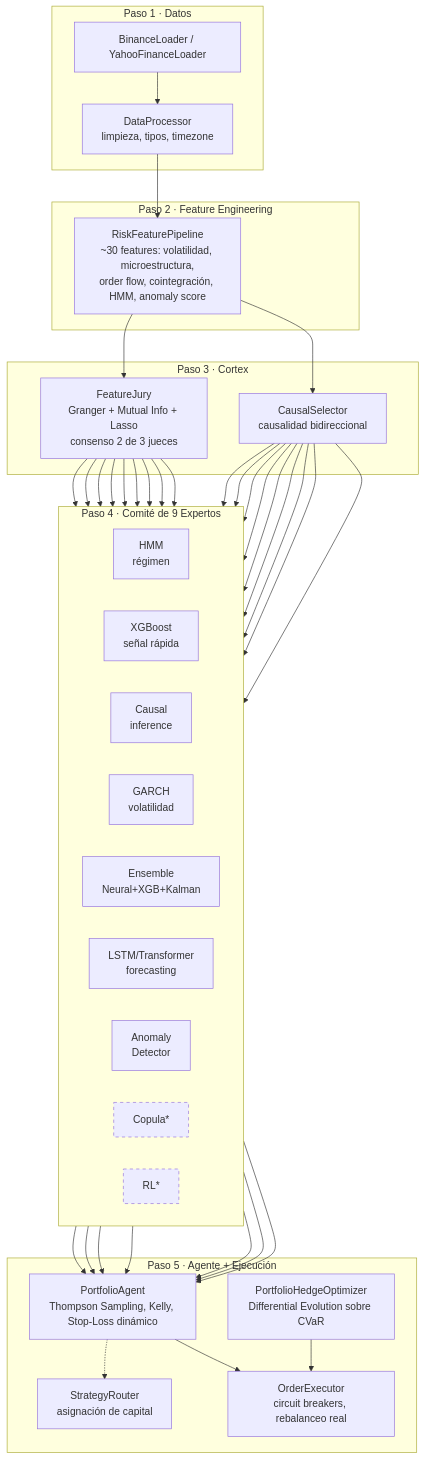
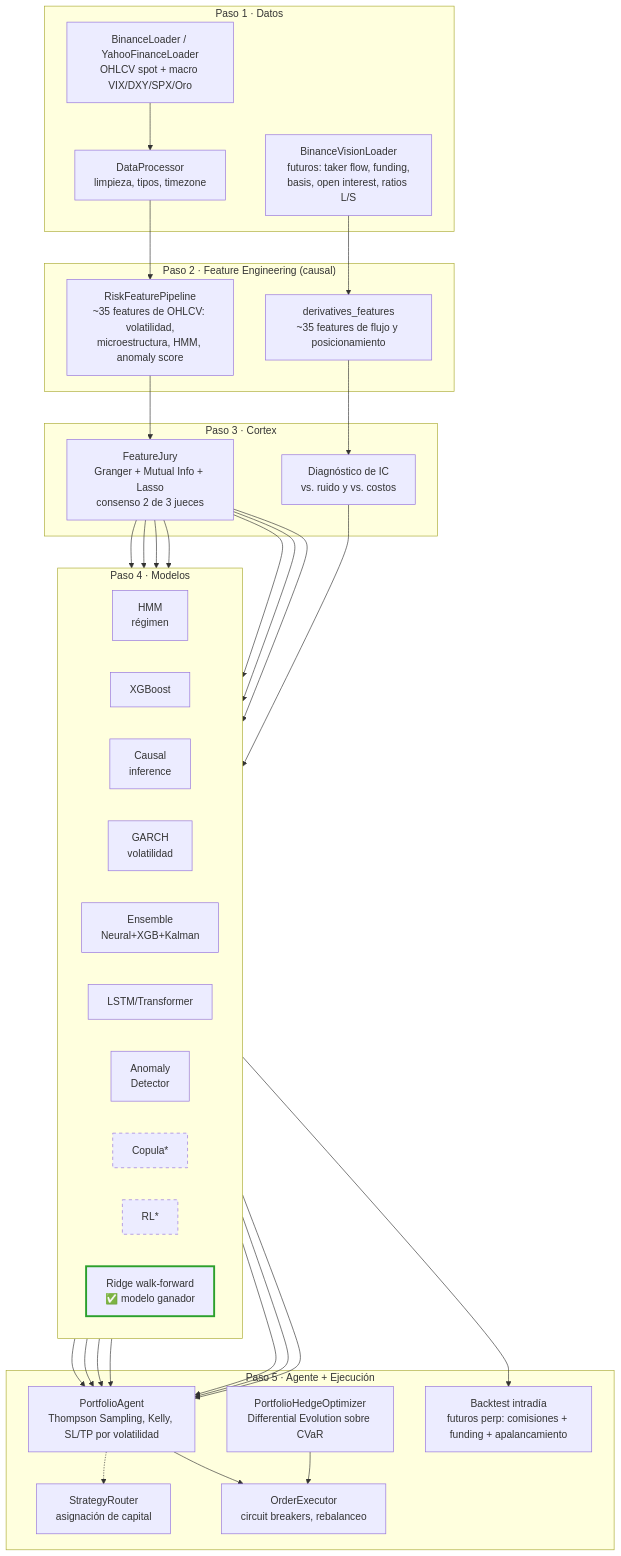
Before and after one commit to alvarez1lucas/neural_risk: the diagram in README.md, drawn with Mermaid. The commit also changed other lines of this file, not shown here.

First line of the commit message:
Revise README with updated architecture and results

````diff
--- a/README.md
+++ b/README.md
@@ -7,44 +14,51 @@
 ```mermaid
 flowchart TB
     subgraph L1["Paso 1 · Datos"]
-        A1[BinanceLoader / YahooFinanceLoader] --> A2[DataProcessor<br/>limpieza, tipos, timezone]
+        A1[BinanceLoader / YahooFinanceLoader<br/>OHLCV spot + macro VIX/DXY/SPX/Oro] --> A2[DataProcessor<br/>limpieza, tipos, timezone]
+        A3[BinanceVisionLoader<br/>futuros: taker flow, funding,<br/>basis, open interest, ratios L/S]
     end
 
-    subgraph L2["Paso 2 · Feature Engineering"]
-        B1[RiskFeaturePipeline<br/>~30 features: volatilidad, microestructura,<br/>order flow, cointegración, HMM, anomaly score]
+    subgraph L2["Paso 2 · Feature Engineering (causal)"]
+        B1[RiskFeaturePipeline<br/>~35 features de OHLCV: volatilidad,<br/>microestructura, HMM, anomaly score]
+        B2[derivatives_features<br/>~35 features de flujo y posicionamiento]
     end
 
     subgraph L3["Paso 3 · Cortex"]
         C1[FeatureJury<br/>Granger + Mutual Info + Lasso<br/>consenso 2 de 3 jueces]
-        C2[CausalSelector<br/>causalidad bidireccional]
+        C2[Diagnóstico de IC<br/>vs. ruido y vs. costos]
     end
 
-    subgraph L4["Paso 4 · Comité de 9 Expertos"]
+    subgraph L4["Paso 4 · Modelos"]
         direction LR
         D1[HMM<br/>régimen]
-        D2[XGBoost<br/>señal rápida]
+        D2[XGBoost]
         D3[Causal<br/>inference]
         D4[GARCH<br/>volatilidad]
         D5[Ensemble<br/>Neural+XGB+Kalman]
-        D6[LSTM/Transformer<br/>forecasting]
+        D6[LSTM/Transformer]
         D7[Anomaly<br/>Detector]
         D8[Copula*]
         D9[RL*]
+        R1[Ridge walk-forward<br/>✅ modelo ganador]
     end
 
     subgraph L5["Paso 5 · Agente + Ejecución"]
-        E1[PortfolioAgent<br/>Thompson Sampling, Kelly, Stop-Loss dinámico]
+        E1[PortfolioAgent<br/>Thompson Sampling, Kelly, SL/TP por volatilidad]
         E2[StrategyRouter<br/>asignación de capital]
         E3[PortfolioHedgeOptimizer<br/>Differential Evolution sobre CVaR]
-        E4[OrderExecutor<br/>circuit breakers, rebalanceo real]
+        E4[OrderExecutor<br/>circuit breakers, rebalanceo]
+        E5[Backtest intradía<br/>futuros perp: comisiones + funding + apalancamiento]
     end
 
-    A2 --> B1 --> C1 & C2 --> D1 & D2 & D3 & D4 & D5 & D6 & D7 & D8 & D9
+    A2 --> B1 --> C1 --> D1 & D2 & D3 & D4 & D5 & D6 & D7
+    A3 --> B2 --> C2 --> R1
     D1 & D2 & D3 & D4 & D5 & D6 & D7 --> E1
     E1 --> E4
     E1 -.-> E2
     E3 --> E4
+    R1 --> E5
 
     style D8 stroke-dasharray: 5 5
     style D9 stroke-dasharray: 5 5
+    style R1 stroke:#2ca02c,stroke-width:3px
 ```
````
